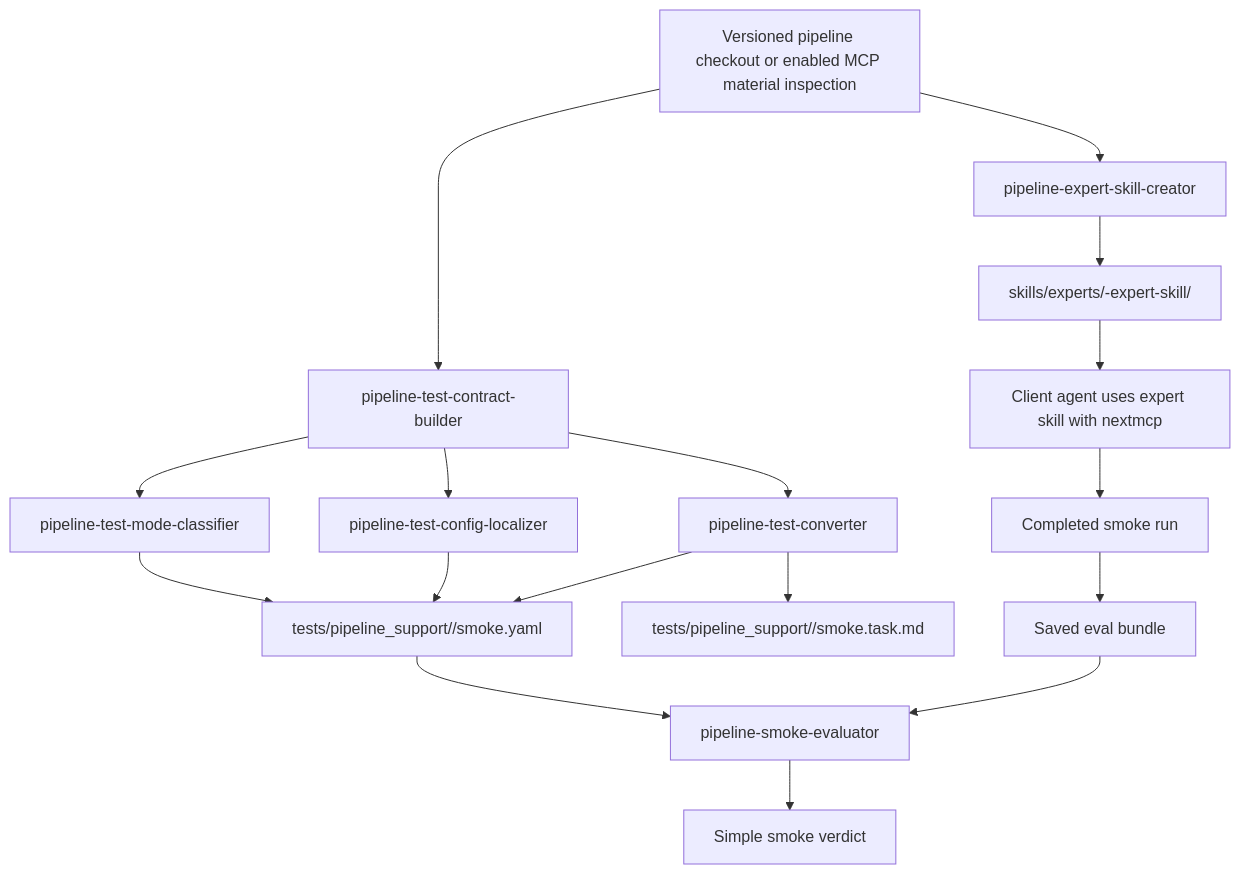
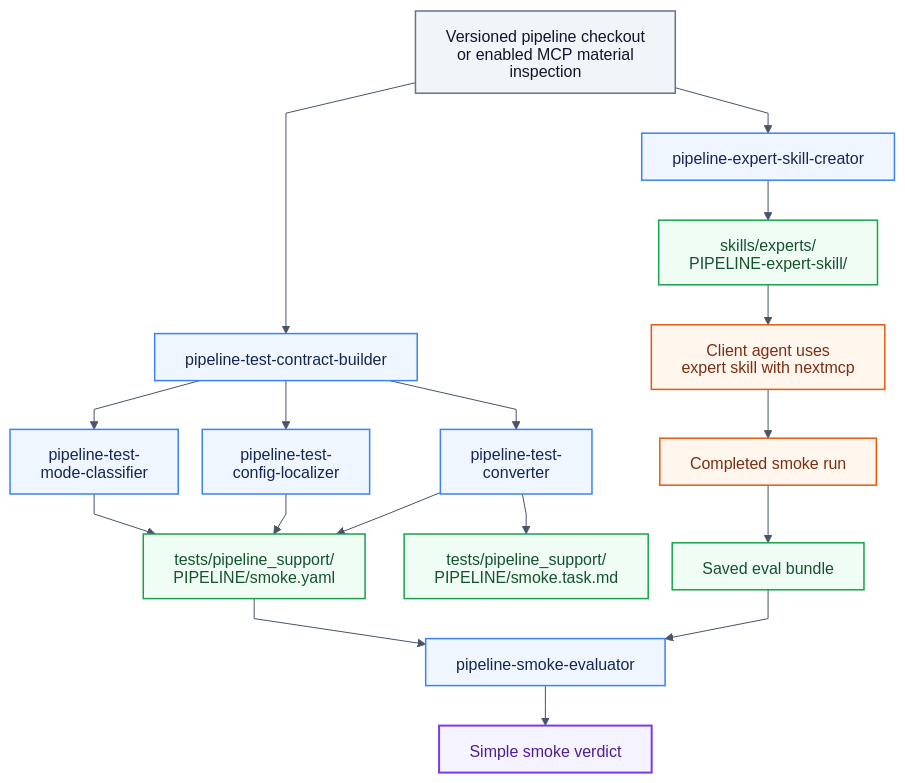
Before and after one commit to wanghwlab/NextMCP: the diagram in skills/README.md, drawn with Mermaid. The commit also changed other lines of this file, not shown here.

````diff
--- a/skills/README.md
+++ b/skills/README.md
@@ -19,21 +19,85 @@
 ```mermaid
+---
+config:
+  theme: base
+  htmlLabels: false
+  themeVariables:
+    fontFamily: Arial, sans-serif
+    fontSize: 16px
+    lineColor: "#475569"
+  flowchart:
+    useMaxWidth: true
+    nodeSpacing: 24
+    rankSpacing: 40
+    wrappingWidth: 210
+    curve: linear
+---
 flowchart TD
-    A["Versioned pipeline checkout or enabled MCP material inspection"] --> B["pipeline-expert-skill-creator"]
-    B --> C["skills/experts/<pipeline>-expert-skill/"]
-    C --> D["Client agent uses expert skill with nextmcp"]
+    A["`Versioned pipeline checkout or enabled MCP material inspection`"]
 
-    A --> E["pipeline-test-contract-builder"]
-    E --> F["pipeline-test-mode-classifier"]
-    E --> G["pipeline-test-config-localizer"]
-    E --> H["pipeline-test-converter"]
-    F --> I["tests/pipeline_support/<pipeline>/smoke.yaml"]
+    B["`pipeline-expert-skill-creator`"]
+
+    C["`skills/experts/
+    PIPELINE-expert-skill/`"]
+
+    D["`Client agent uses
+    expert skill with nextmcp`"]
+
+    E["`pipeline-test-contract-builder`"]
+
+    F["`pipeline-test-
+    mode-classifier`"]
+
+    G["`pipeline-test-
+    config-localizer`"]
+
+    H["`pipeline-test-
+    converter`"]
+
+    I["`tests/pipeline_support/
+    PIPELINE/smoke.yaml`"]
+
+    J["`tests/pipeline_support/
+    PIPELINE/smoke.task.md`"]
+
+    K["`Completed smoke run`"]
+
+    L["`Saved eval bundle`"]
+
+    M["`pipeline-smoke-evaluator`"]
+
+    N["`Simple smoke verdict`"]
+
+    A --> B
+    B --> C
+    C --> D
+
+    A --> E
+    E --> F
+    E --> G
+    E --> H
+
+    F --> I
     G --> I
     H --> I
-    H --> J["tests/pipeline_support/<pipeline>/smoke.task.md"]
+    H --> J
 
-    D --> K["Completed smoke run"]
-    K --> L["Saved eval bundle"]
-    I --> M["pipeline-smoke-evaluator"]
+    D --> K
+    K --> L
+
+    I --> M
     L --> M
-    M --> N["Simple smoke verdict"]
+    M --> N
+
+    classDef source fill:#F1F5F9,stroke:#64748B,color:#0F172A,stroke-width:1.5px;
+    classDef tool fill:#EFF6FF,stroke:#3B82F6,color:#172554,stroke-width:1.5px;
+    classDef file fill:#F0FDF4,stroke:#16A34A,color:#14532D,stroke-width:1.5px;
+    classDef execution fill:#FFF7ED,stroke:#EA580C,color:#7C2D12,stroke-width:1.5px;
+    classDef verdict fill:#F5F3FF,stroke:#7C3AED,color:#4C1D95,stroke-width:2px;
+
+    class A source;
+    class B,E,F,G,H,M tool;
+    class C,I,J,L file;
+    class D,K execution;
+    class N verdict;
 ```
````
